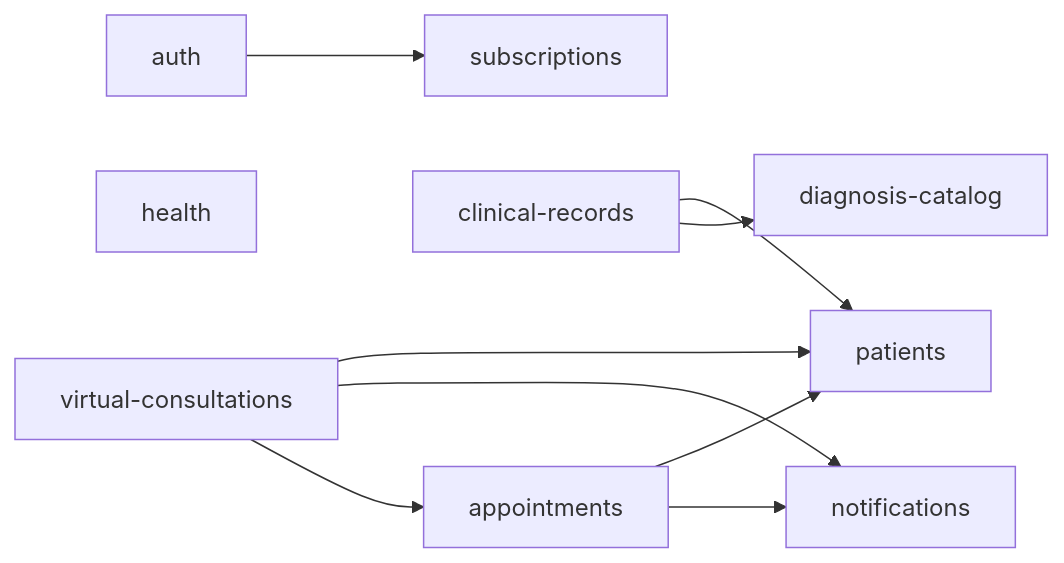
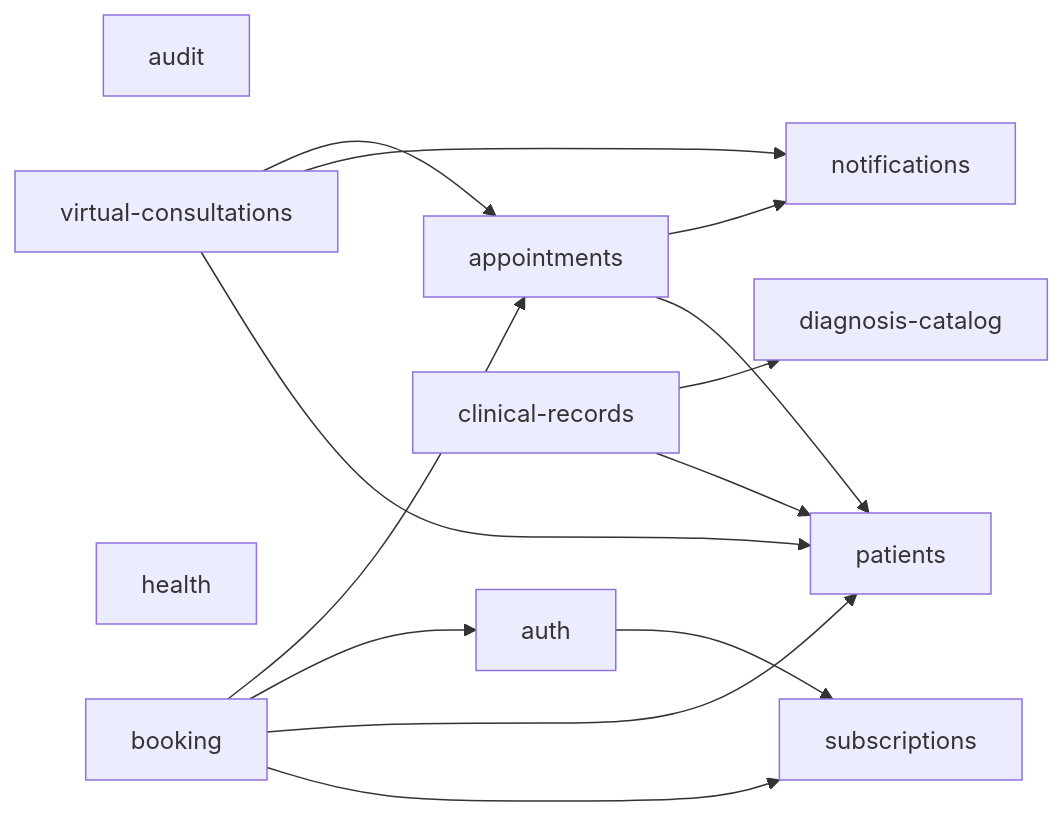
Before and after one commit to Org-Mentora/mentora-diploma: the first of 16 diagrams in docs/architecture/class-diagram.md, drawn with Mermaid. The commit also changed other lines of this file, not shown here.

Commit message:
docs(architecture): regenerate class diagram

````diff
--- a/docs/architecture/class-diagram.md
+++ b/docs/architecture/class-diagram.md
@@ -22,20 +22,26 @@
 ```mermaid
 flowchart LR
   appointments["appointments"]
+  audit["audit"]
   auth["auth"]
+  booking["booking"]
   clinical_records["clinical-records"]
   diagnosis_catalog["diagnosis-catalog"]
   health["health"]
   notifications["notifications"]
   patients["patients"]
   subscriptions["subscriptions"]
   virtual_consultations["virtual-consultations"]
   appointments --> notifications
   appointments --> patients
   auth --> subscriptions
+  booking --> appointments
+  booking --> auth
+  booking --> patients
+  booking --> subscriptions
   clinical_records --> diagnosis_catalog
   clinical_records --> patients
   virtual_consultations --> appointments
   virtual_consultations --> notifications
   virtual_consultations --> patients
 ```
````
